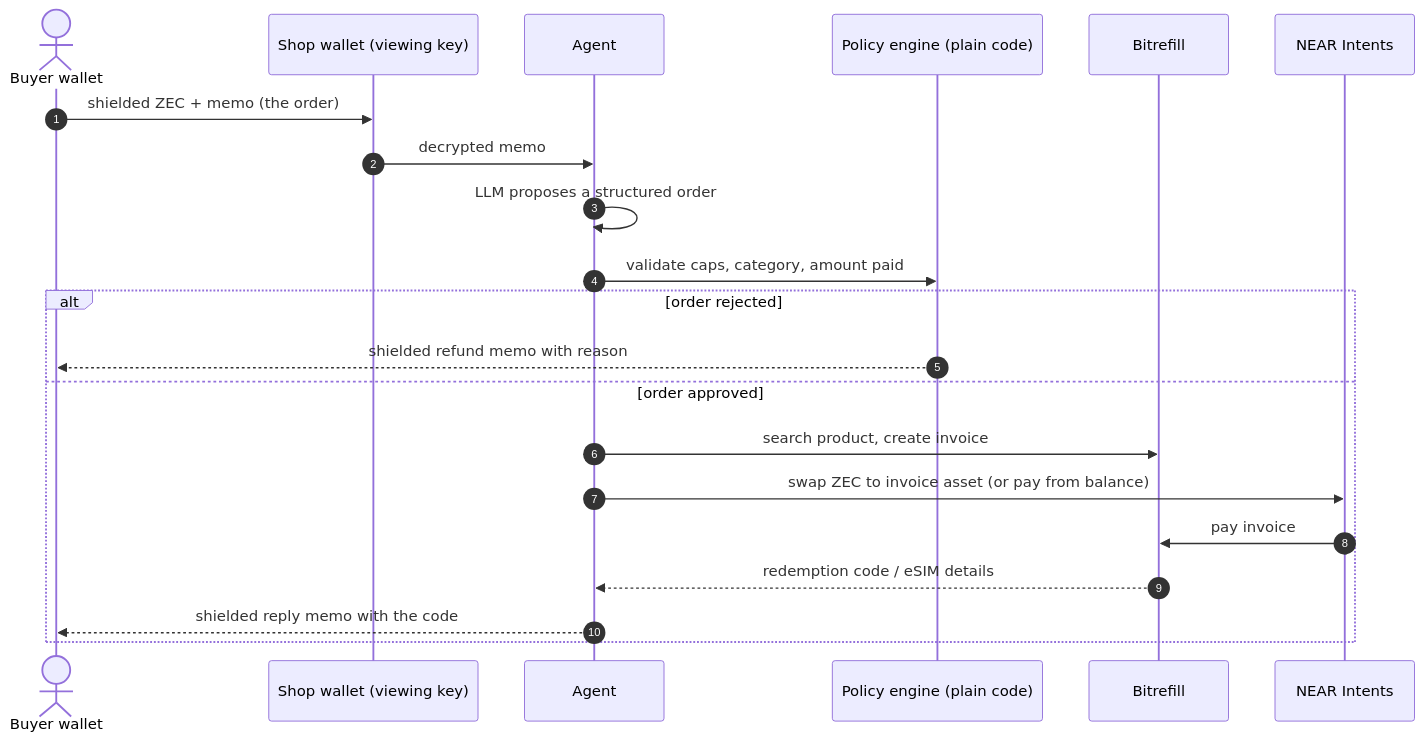
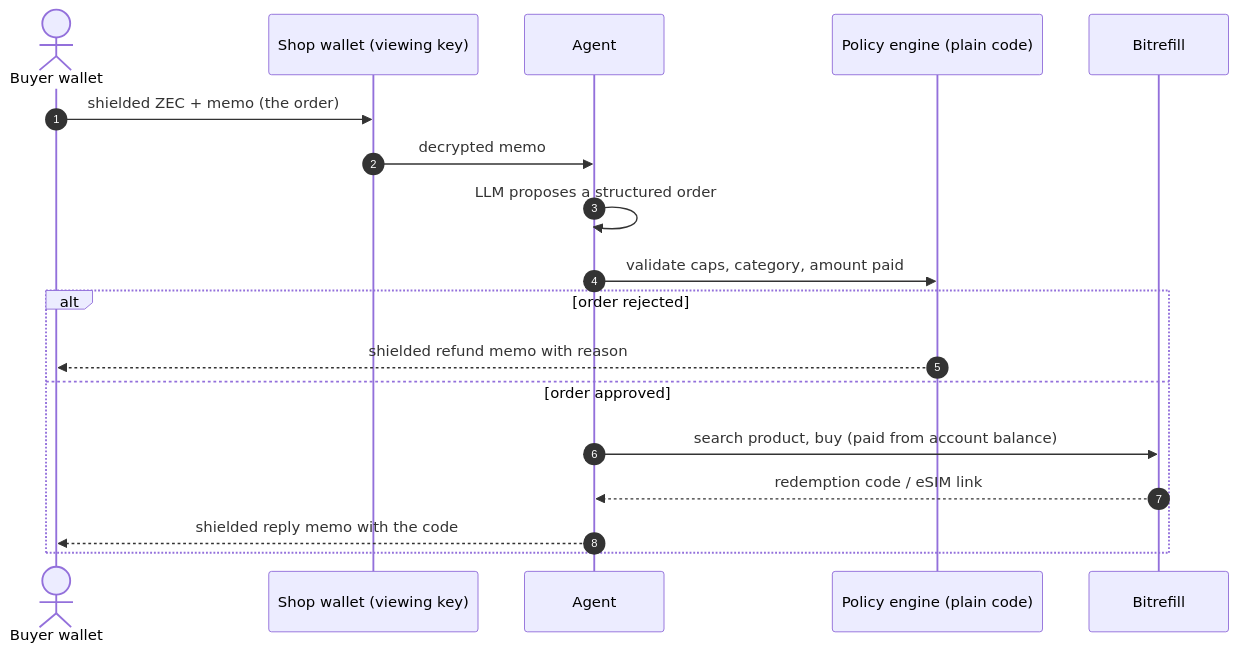
The first of 2 diagrams in README.md (ayushsingh82/Whisper-Shop), drawn with Mermaid before and after one commit. The commit also changed other lines of this file and 9 other files, not shown here.

````diff
--- a/README.md
+++ b/README.md
@@ -26,24 +26,21 @@
 ```mermaid
 sequenceDiagram
     autonumber
     actor B as Buyer wallet
     participant S as Shop wallet (viewing key)
     participant A as Agent
     participant P as Policy engine (plain code)
     participant R as Bitrefill
-    participant N as NEAR Intents
 
     B->>S: shielded ZEC + memo (the order)
     S->>A: decrypted memo
     A->>A: LLM proposes a structured order
     A->>P: validate caps, category, amount paid
     alt order rejected
         P-->>B: shielded refund memo with reason
     else order approved
-        A->>R: search product, create invoice
-        A->>N: swap ZEC to invoice asset (or pay from balance)
-        N->>R: pay invoice
-        R-->>A: redemption code / eSIM details
+        A->>R: search product, buy (paid from account balance)
+        R-->>A: redemption code / eSIM link
         A-->>B: shielded reply memo with the code
     end
 ```
````
